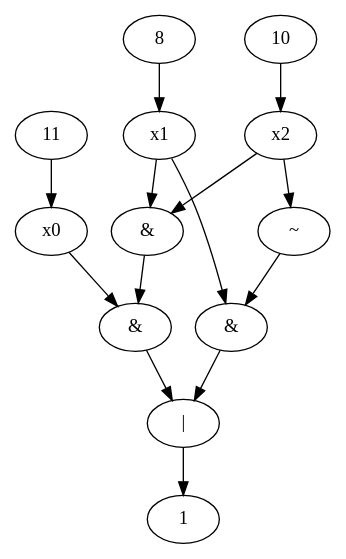
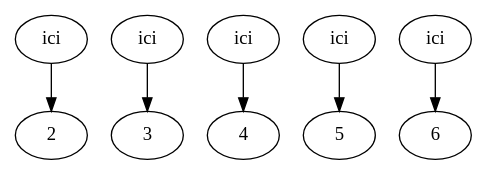
Before and after one commit to adamsekkat1/projetInfo: the diagram in temporary1.dot, drawn with Graphviz. The commit also changed 13 other files, not shown here.

```diff
--- a/temporary1.dot
+++ b/temporary1.dot
@@ -1,27 +1,17 @@
 digraph G{
-   0 [label="|",input=false,output=false];
-   1[input=false,output=true];
-   2 [label="&",input=false,output=false];
-   3 [label="x0",input=false,output=false];
-   4 [label="&",input=false,output=false];
-   5 [label="x1",input=false,output=false];
-   6 [label="x2",input=false,output=false];
-   7 [label="&",input=false,output=false];
-   9 [label="~",input=false,output=false];
-   8[input=true,output=false];
-   10[input=true,output=false];
-   11[input=true,output=false];
-   0->1;
-   2->0;
-   3->2;
-   4->2;
-   5->4;
-   5->7;
-   6->4;
-   6->9;
-   7->0;
-   9->7;
-   8->5;
-   10->6;
-   11->3;
+   2[input=false,output=false];
+   3[input=false,output=false];
+   4[input=false,output=false];
+   5[input=false,output=false];
+   6[input=false,output=false];
+   7 [label="ici",input=false,output=false];
+   8 [label="ici",input=false,output=false];
+   9 [label="ici",input=false,output=false];
+   10 [label="ici",input=false,output=false];
+   11 [label="ici",input=false,output=false];
+   7->2;
+   8->3;
+   9->4;
+   10->5;
+   11->6;
 }
```
